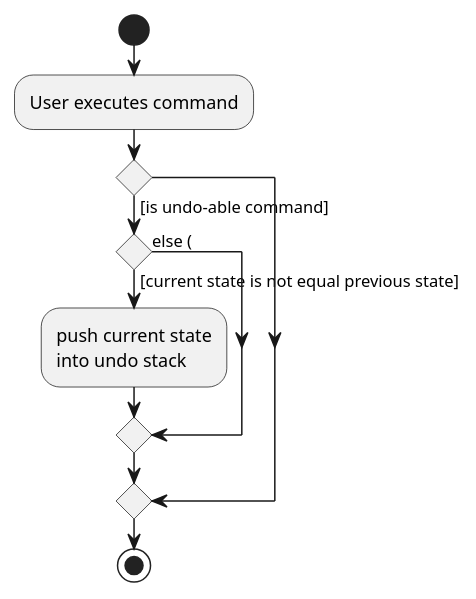
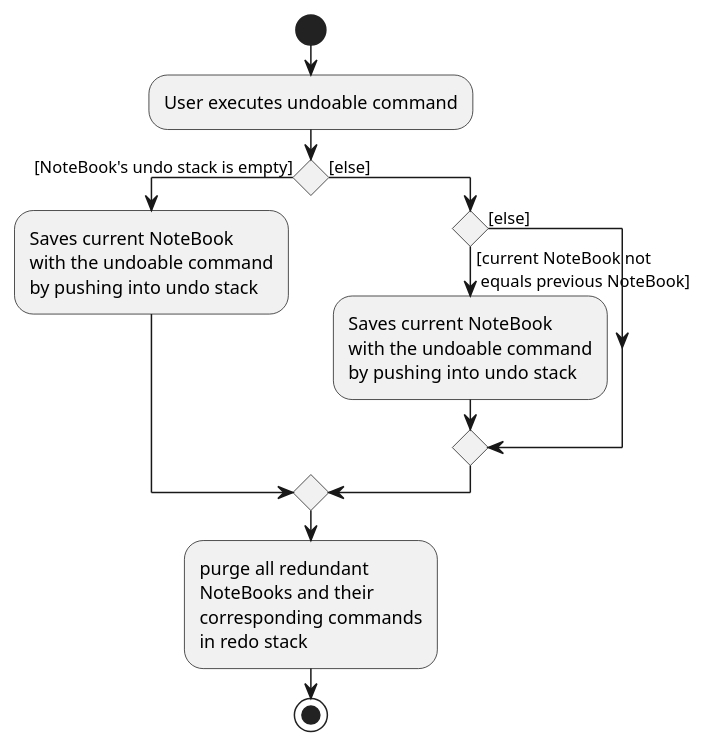
One commit to nus-cs2103-AY1920S1/addressbook-level3 changed the diagram in docs/diagrams/CommitActivityDiagram.puml. Above: the diagram before and after it, drawn with PlantUML. The commit also changed 3 other files, not shown here.

Commit message:
updated notes DG with undo/redo (wip)

```diff
--- a/docs/diagrams/CommitActivityDiagram.puml
+++ b/docs/diagrams/CommitActivityDiagram.puml
@@ -1,18 +1,27 @@
 @startuml
 start
-:User executes command;
+:User executes undoable command;
 
 'Since the beta syntax does not support placing the condition outside the
 'diamond we place it as the true branch instead.
 
-if () then ([is undo-able command])
-    if () then ([current state is not equal previous state])
-    :push current state
-    into undo stack;
+if () then ([NoteBook's undo stack is empty])
+    :Saves current NoteBook
+    with the undoable command
+    by pushing into undo stack;
 
-    else (
-else ()
+else ([else])
+    if() then ([current NoteBook not
+ equals previous NoteBook])
+        :Saves current NoteBook
+        with the undoable command
+        by pushing into undo stack;
+    else([else])
 endif
-endif
+    endif
+    :purge all redundant
+    NoteBooks and their
+    corresponding commands
+    in redo stack;
 stop
 @enduml
```
